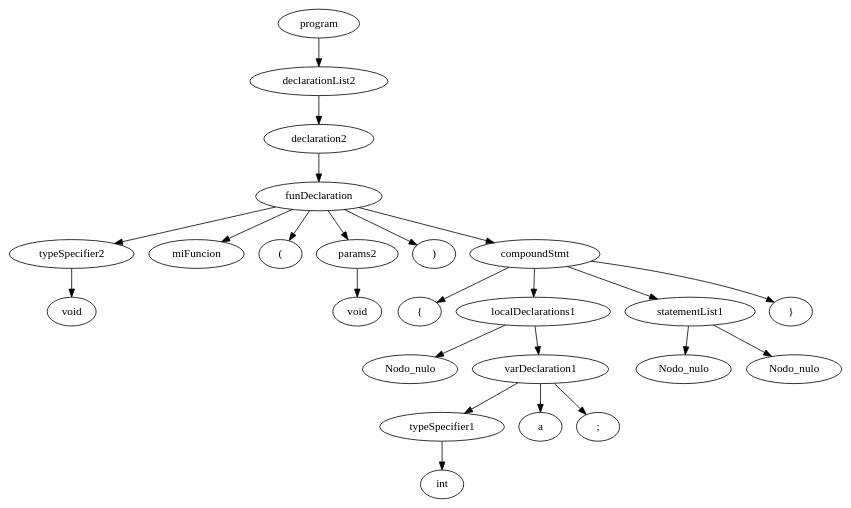
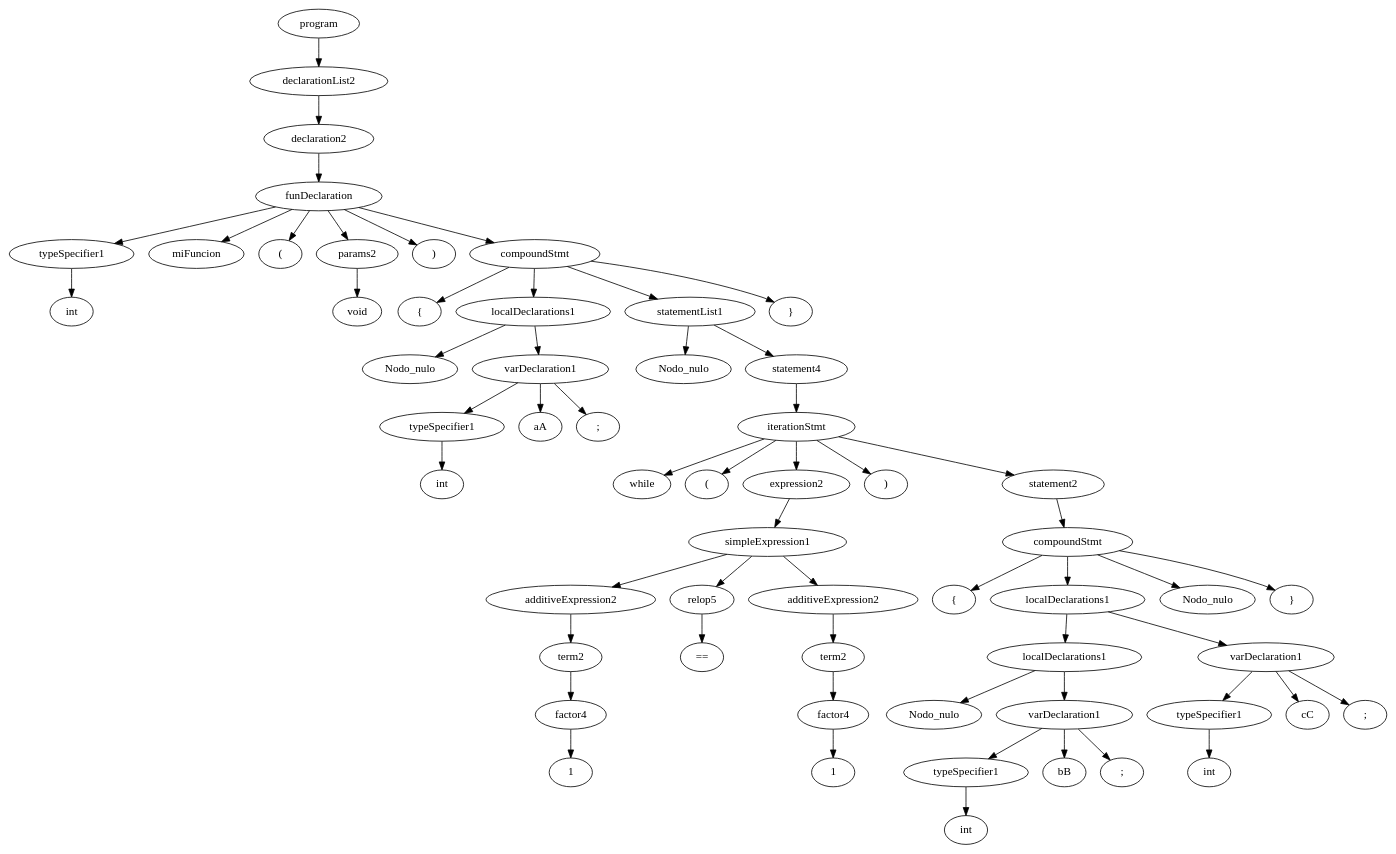
Before and after one commit to AndresAguilera/TallerCompiladores: the diagram in graphviztree.dot, drawn with Graphviz. The commit also changed 10 other files, not shown here.

```diff
--- a/graphviztree.dot
+++ b/graphviztree.dot
@@ -1,49 +1,117 @@
 digraph G {
-	6[label= "void"]
-	5[label = typeSpecifier2]
+	6[label= "int"]
+	5[label = typeSpecifier1]
 	5->6
 	7[label= "miFuncion"]
 	8[label= "("]
 	10[label= "void"]
 	9[label = params2]
 	9->10
 	11[label= ")"]
 	13[label= "{"]
 	15[label= Nodo_nulo]
 	18[label= "int"]
 	17[label = typeSpecifier1]
 	17->18
-	19[label= "a"]
+	19[label= "aA"]
 	20[label= ";"]
 	16[label = varDeclaration1]
 	16->17
 	16->19
 	16->20
 	14[label = localDeclarations1]
 	14->15
 	14->16
 	22[label= Nodo_nulo]
-	23[label= Nodo_nulo]
+	25[label= "while"]
+	26[label= "("]
+	32[label= "1"]
+	31[label = factor4]
+	31->32
+	30[label = term2]
+	30->31
+	29[label = additiveExpression2]
+	29->30
+	34[label= "=="]
+	33[label = relop5]
+	33->34
+	38[label= "1"]
+	37[label = factor4]
+	37->38
+	36[label = term2]
+	36->37
+	35[label = additiveExpression2]
+	35->36
+	28[label = simpleExpression1]
+	28->29
+	28->33
+	28->35
+	27[label = expression2]
+	27->28
+	39[label= ")"]
+	42[label= "{"]
+	45[label= Nodo_nulo]
+	48[label= "int"]
+	47[label = typeSpecifier1]
+	47->48
+	49[label= "bB"]
+	50[label= ";"]
+	46[label = varDeclaration1]
+	46->47
+	46->49
+	46->50
+	44[label = localDeclarations1]
+	44->45
+	44->46
+	53[label= "int"]
+	52[label = typeSpecifier1]
+	52->53
+	54[label= "cC"]
+	55[label= ";"]
+	51[label = varDeclaration1]
+	51->52
+	51->54
+	51->55
+	43[label = localDeclarations1]
+	43->44
+	43->51
+	56[label= Nodo_nulo]
+	57[label= "}"]
+	41[label = compoundStmt]
+	41->42
+	41->43
+	41->56
+	41->57
+	40[label = statement2]
+	40->41
+	24[label = iterationStmt]
+	24->25
+	24->26
+	24->27
+	24->39
+	24->40
+	23[label = statement4]
+	23->24
 	21[label = statementList1]
 	21->22
 	21->23
-	24[label= "}"]
+	58[label= "}"]
 	12[label = compoundStmt]
 	12->13
 	12->14
 	12->21
-	12->24
+	12->58
 	4[label = funDeclaration]
 	4->5
 	4->7
 	4->8
 	4->9
 	4->11
 	4->12
 	3[label = declaration2]
 	3->4
 	2[label = declarationList2]
 	2->3
 	1[label = program]
 	1->2
 	}
```
